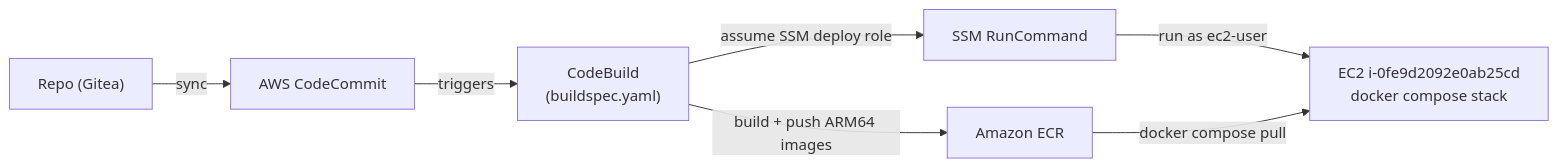
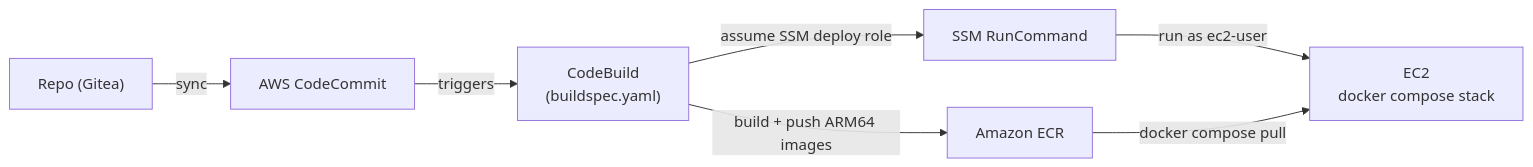
One commit to cognitive-ops/token-guard changed the diagram in docs/cicd.md. Above: the diagram before and after it, drawn with Mermaid. The commit also changed other lines of this file and 53 other files, not shown here.

````diff
--- a/docs/cicd.md
+++ b/docs/cicd.md
@@ -8,9 +8,9 @@
 ```mermaid
 flowchart LR
     REPO["Repo (Gitea)"] -->|sync| CC["AWS CodeCommit"]
     CC -->|triggers| CB["CodeBuild<br/>(buildspec.yaml)"]
     CB -->|build + push ARM64 images| ECR["Amazon ECR"]
     CB -->|assume SSM deploy role| SSM["SSM RunCommand"]
-    SSM -->|run as ec2-user| EC2["EC2 i-0fe9d2092e0ab25cd<br/>docker compose stack"]
+    SSM -->|run as ec2-user| EC2["EC2 <EC2_INSTANCE_ID><br/>docker compose stack"]
     ECR -->|docker compose pull| EC2
 ```
````
